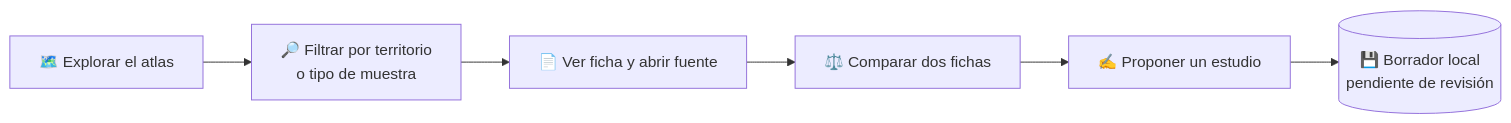
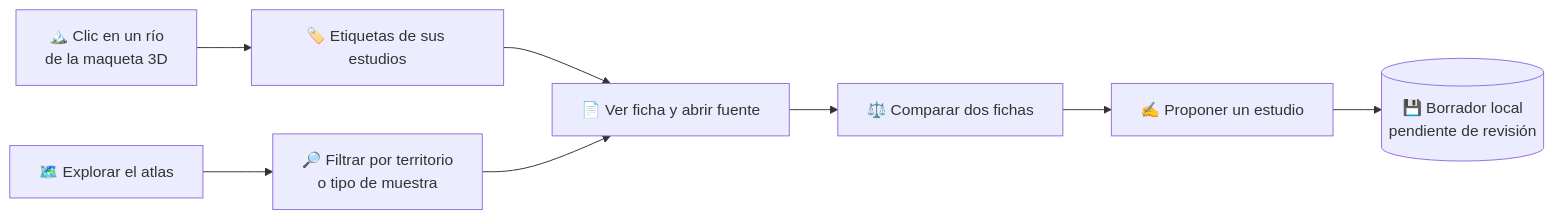
Before and after one commit to Quri-Nawi/Quri-Nawi: the first of 5 diagrams in README.md, drawn with Mermaid. The commit also changed other lines of this file and 3 other files, not shown here.

````diff
--- a/README.md
+++ b/README.md
@@ -91,8 +102,10 @@
 ```mermaid
 flowchart LR
+    Z["🏔️ Clic en un río<br>de la maqueta 3D"] --> Y["🏷️ Etiquetas de sus estudios"]
+    Y --> C
     A["🗺️ Explorar el atlas"] --> B["🔎 Filtrar por territorio<br>o tipo de muestra"]
     B --> C["📄 Ver ficha y abrir fuente"]
     C --> D["⚖️ Comparar dos fichas"]
     D --> E["✍️ Proponer un estudio"]
     E --> F[("💾 Borrador local<br>pendiente de revisión")]
 ```
````
